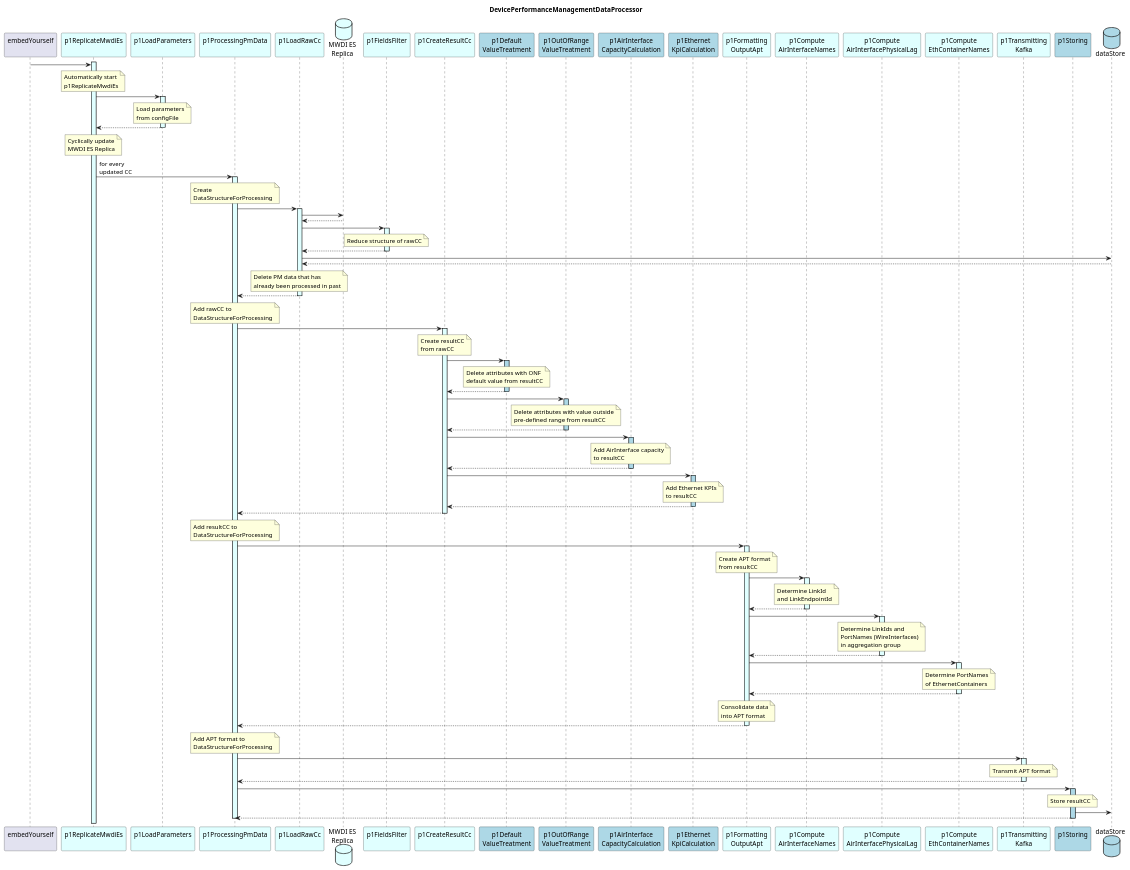
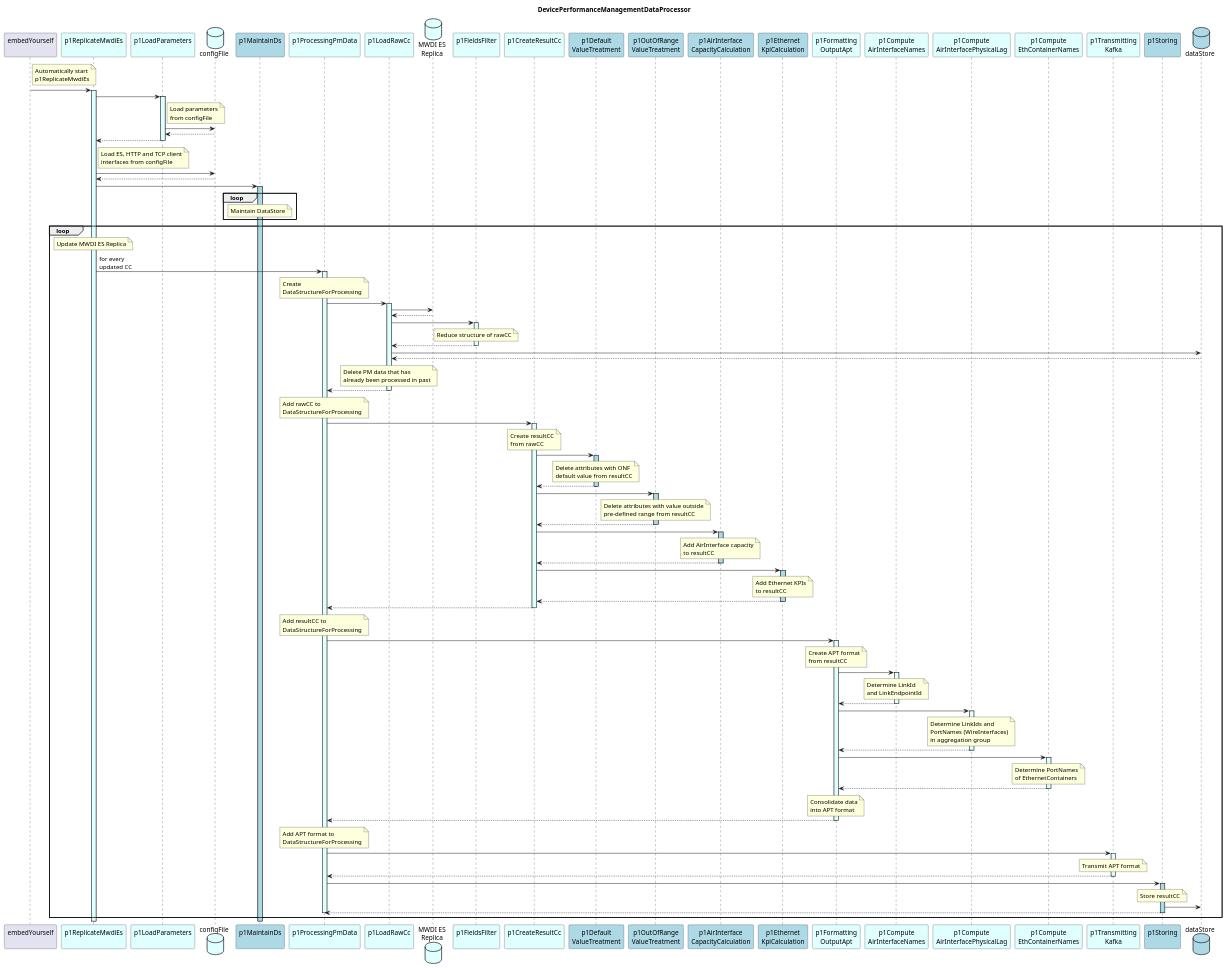
Before and after one commit to openBackhaul/DevicePerformanceManagementDataProcessor: the diagram in spec/diagrams/hl_sequence.plantuml, drawn with PlantUML. The commit also changed 6 other files, not shown here.

```diff
--- a/spec/diagrams/hl_sequence.plantuml
+++ b/spec/diagrams/hl_sequence.plantuml
@@ -8,6 +8,8 @@
 participant "embedYourself\n" as embed
 participant "p1ReplicateMwdiEs\n" as p1RMWDI #LightCyan
 participant "p1LoadParameters\n" as p1LP #LightCyan
+database "configFile" as configFile #LightCyan
+participant "p1MaintainDs\n" as p1MDS #LightBlue
 
 participant "p1ProcessingPmData\n" as p1ProOrch #LightCyan
 
@@ -33,208 +35,223 @@
 database "dataStore" as db #LightBlue
 
 
-activate p1RMWDI #LightCyan
-
-embed -> p1RMWDI
-
-note over p1RMWDI
+note right embed
   Automatically start
   p1ReplicateMwdiEs
 end note
+embed -> p1RMWDI
+activate p1RMWDI #LightCyan
 
-p1RMWDI -> p1LP
-activate p1LP #LightCyan
+  p1RMWDI -> p1LP
+  activate p1LP #LightCyan
+    note right p1LP
+      Load parameters
+      from configFile
+    end note
+    p1LP -> configFile
+    p1LP <-- configFile
+  p1RMWDI <-- p1LP
+  deactivate p1LP
 
-  note over p1LP
-    Load parameters
-    from configFile
+  note right p1RMWDI
+    Load ES, HTTP and TCP client
+    interfaces from configFile
   end note
+  p1RMWDI -> configFile
+  p1RMWDI <-- configFile
 
-p1RMWDI <-- p1LP
-deactivate p1LP
+  p1RMWDI -> p1MDS
+  activate p1MDS #LightBlue
+    loop
+      note over p1MDS
+        Maintain DataStore
+      end note
+    end
 
-note over p1RMWDI
-  Cyclically update
-  MWDI ES Replica
-end note
+  loop 
+    note over p1RMWDI
+      Update MWDI ES Replica
+    end note
 
-p1RMWDI -> p1ProOrch : for every\nupdated CC
-activate p1ProOrch #LightCyan
+    p1RMWDI -> p1ProOrch : for every\nupdated CC
+    activate p1ProOrch #LightCyan
 
-  note over p1ProOrch
-    Create
-    DataStructureForProcessing
-  end note
-
-  p1ProOrch -> p1AddRaw
-  activate p1AddRaw #LightCyan
-
-    p1AddRaw -> MwdiEs
-    p1AddRaw <-- MwdiEs
-
-    p1AddRaw -> p1FF
-    activate p1FF #LightCyan
-
-      note over p1FF
-        Reduce structure of rawCC
+      note over p1ProOrch
+        Create
+        DataStructureForProcessing
       end note
 
-    p1AddRaw <-- p1FF
-    deactivate p1FF
+      p1ProOrch -> p1AddRaw
+      activate p1AddRaw #LightCyan
 
-    p1AddRaw -> db
-    p1AddRaw <-- db
+        p1AddRaw -> MwdiEs
+        p1AddRaw <-- MwdiEs
 
-    note over p1AddRaw
-      Delete PM data that has
-      already been processed in past
-    end note
+        p1AddRaw -> p1FF
+        activate p1FF #LightCyan
 
-  p1ProOrch <-- p1AddRaw
-  deactivate p1AddRaw
+          note over p1FF
+            Reduce structure of rawCC
+          end note
 
-  note over p1ProOrch
-    Add rawCC to
-    DataStructureForProcessing
-  end note
+        p1AddRaw <-- p1FF
+        deactivate p1FF
 
-  p1ProOrch -> p1CRC
-  activate p1CRC #LightCyan
+        p1AddRaw -> db
+        p1AddRaw <-- db
 
-    note over p1CRC
-      Create resultCC
-      from rawCC
-    end note
+        note over p1AddRaw
+          Delete PM data that has
+          already been processed in past
+        end note
 
-    p1CRC -> p1DVT
-    activate p1DVT #LightBlue
+      p1ProOrch <-- p1AddRaw
+      deactivate p1AddRaw
 
-      note over p1DVT
-        Delete attributes with ONF
-        default value from resultCC
+      note over p1ProOrch
+        Add rawCC to
+        DataStructureForProcessing
       end note
 
-    p1CRC <-- p1DVT
-    deactivate p1DVT
+      p1ProOrch -> p1CRC
+      activate p1CRC #LightCyan
 
-    p1CRC -> p1ORVT
-    activate p1ORVT #LightBlue
+        note over p1CRC
+          Create resultCC
+          from rawCC
+        end note
 
-      note over p1ORVT
-        Delete attributes with value outside
-        pre-defined range from resultCC
+        p1CRC -> p1DVT
+        activate p1DVT #LightBlue
+
+          note over p1DVT
+            Delete attributes with ONF
+            default value from resultCC
+          end note
+
+        p1CRC <-- p1DVT
+        deactivate p1DVT
+
+        p1CRC -> p1ORVT
+        activate p1ORVT #LightBlue
+
+          note over p1ORVT
+            Delete attributes with value outside
+            pre-defined range from resultCC
+          end note
+
+        p1CRC <-- p1ORVT
+        deactivate p1ORVT
+
+        p1CRC -> p1AiCC
+        activate p1AiCC #LightBlue
+
+          note over p1AiCC
+            Add AirInterface capacity
+            to resultCC
+          end note
+
+        p1CRC <-- p1AiCC
+        deactivate p1AiCC
+
+        p1CRC -> p1EthKC
+        activate p1EthKC #LightBlue
+
+          note over p1EthKC
+            Add Ethernet KPIs
+            to resultCC
+          end note
+
+        p1CRC <-- p1EthKC
+        deactivate p1EthKC
+
+      p1ProOrch <-- p1CRC
+      deactivate p1CRC
+
+      note over p1ProOrch
+        Add resultCC to
+        DataStructureForProcessing
       end note
 
-    p1CRC <-- p1ORVT
-    deactivate p1ORVT
+      p1ProOrch -> p1Output
+      activate p1Output #LightCyan
 
-    p1CRC -> p1AiCC
-    activate p1AiCC #LightBlue
+        note over p1Output
+          Create APT format
+          from resultCC
+        end note
 
-      note over p1AiCC
-        Add AirInterface capacity
-        to resultCC
+        p1Output -> p1CompAiNames
+        activate p1CompAiNames #LightCyan
+
+          note over p1CompAiNames
+            Determine LinkId 
+            and LinkEndpointId
+          end note
+
+        p1Output <-- p1CompAiNames
+        deactivate p1CompAiNames
+
+        p1Output -> p1CompPhyLag
+        activate p1CompPhyLag #LightCyan
+
+          note over p1CompPhyLag
+            Determine LinkIds and
+            PortNames (WireInterfaces)
+            in aggregation group
+          end note
+
+        p1Output <-- p1CompPhyLag
+        deactivate p1CompPhyLag
+
+        p1Output -> p1CompEthContNames
+        activate p1CompEthContNames #LightCyan
+
+          note over p1CompEthContNames
+            Determine PortNames
+            of EthernetContainers
+          end note
+
+        p1Output <-- p1CompEthContNames
+        deactivate p1CompEthContNames
+
+        note over p1Output
+          Consolidate data
+          into APT format
+        end note
+
+      p1ProOrch <-- p1Output
+      deactivate p1Output
+
+      note over p1ProOrch
+        Add APT format to
+        DataStructureForProcessing
       end note
 
-    p1CRC <-- p1AiCC
-    deactivate p1AiCC
+      p1ProOrch -> p1Trans
+      activate p1Trans #LightCyan
 
-    p1CRC -> p1EthKC
-    activate p1EthKC #LightBlue
+        note over p1Trans
+          Transmit APT format
+        end note
 
-      note over p1EthKC
-        Add Ethernet KPIs
-        to resultCC
-      end note
+      p1ProOrch <-- p1Trans
+      deactivate p1Trans
 
-    p1CRC <-- p1EthKC
-    deactivate p1EthKC
+      p1ProOrch -> p1Store
+      activate p1Store #LightBlue
 
-  p1ProOrch <-- p1CRC
-  deactivate p1CRC
+        note over p1Store
+          Store resultCC
+        end note
 
-  note over p1ProOrch
-    Add resultCC to
-    DataStructureForProcessing
-  end note
+        p1Store -> db
 
-  p1ProOrch -> p1Output
-  activate p1Output #LightCyan
+      p1ProOrch <-- p1Store
+      deactivate p1Store
 
-    note over p1Output
-      Create APT format
-      from resultCC
-    end note
+    deactivate p1ProOrch
 
-    p1Output -> p1CompAiNames
-    activate p1CompAiNames #LightCyan
-
-      note over p1CompAiNames
-        Determine LinkId 
-        and LinkEndpointId
-      end note
-
-    p1Output <-- p1CompAiNames
-    deactivate p1CompAiNames
-
-    p1Output -> p1CompPhyLag
-    activate p1CompPhyLag #LightCyan
-
-      note over p1CompPhyLag
-        Determine LinkIds and
-        PortNames (WireInterfaces)
-        in aggregation group
-      end note
-
-    p1Output <-- p1CompPhyLag
-    deactivate p1CompPhyLag
-
-    p1Output -> p1CompEthContNames
-    activate p1CompEthContNames #LightCyan
-
-      note over p1CompEthContNames
-        Determine PortNames
-        of EthernetContainers
-      end note
-
-    p1Output <-- p1CompEthContNames
-    deactivate p1CompEthContNames
-
-    note over p1Output
-      Consolidate data
-      into APT format
-    end note
-
-  p1ProOrch <-- p1Output
-  deactivate p1Output
-
-  note over p1ProOrch
-    Add APT format to
-    DataStructureForProcessing
-  end note
-
-  p1ProOrch -> p1Trans
-  activate p1Trans #LightCyan
-
-    note over p1Trans
-      Transmit APT format
-    end note
-
-  p1ProOrch <-- p1Trans
-  deactivate p1Trans
-
-  p1ProOrch -> p1Store
-  activate p1Store #LightBlue
-
-    note over p1Store
-      Store resultCC
-    end note
-
-    p1Store -> db
-
-  p1ProOrch <-- p1Store
-  deactivate p1Store
-
-deactivate p1ProOrch
+  end
 
 @enduml
```
